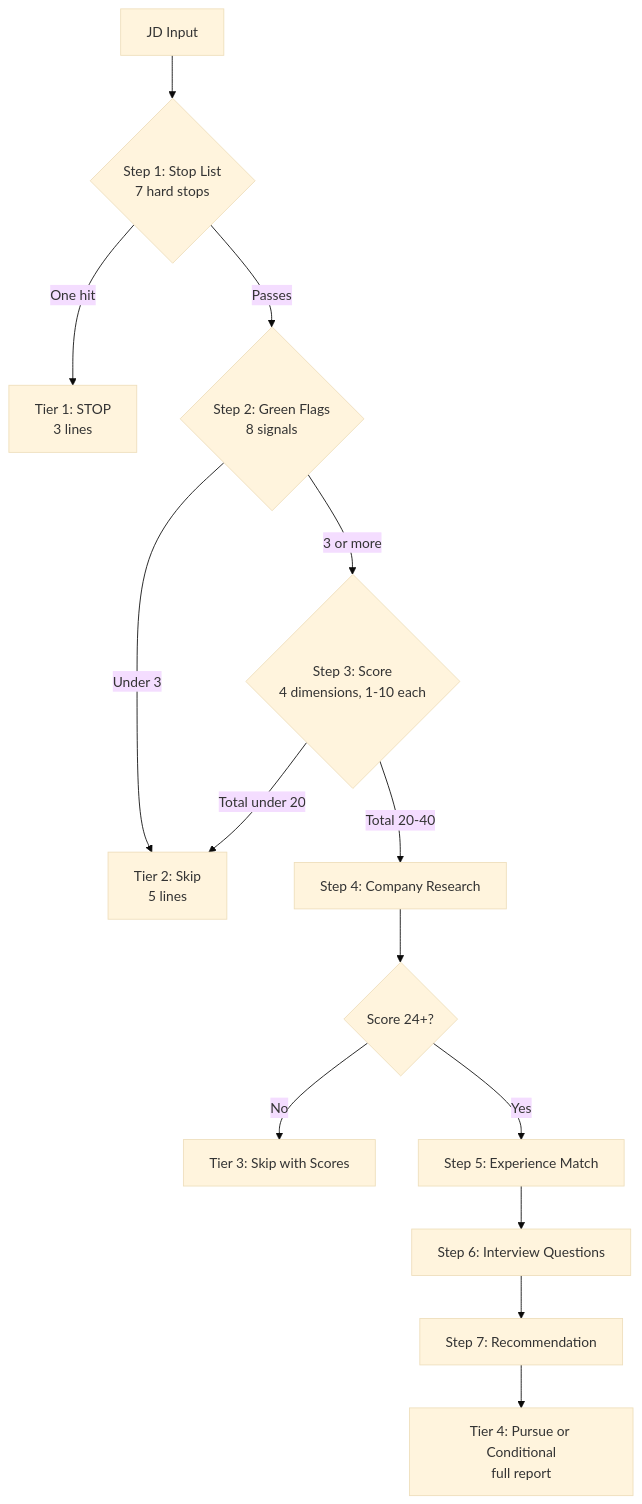
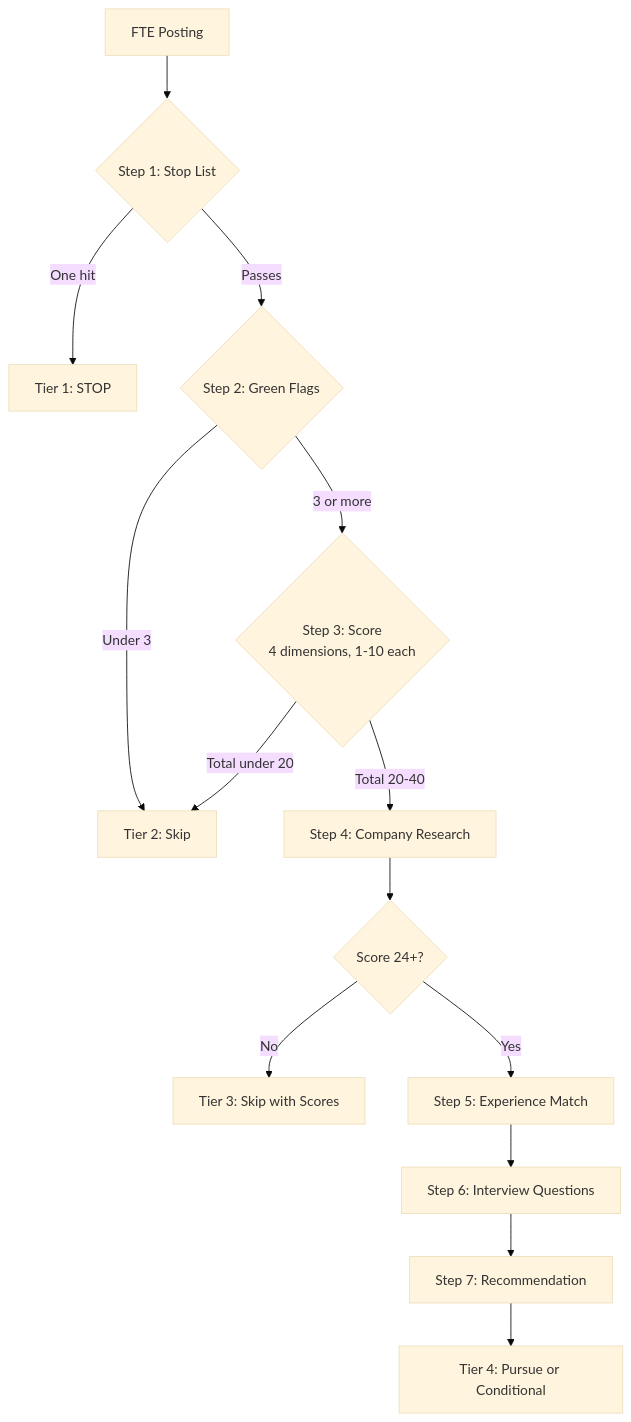
One commit to jparkerpm-cmyk/jessica-parker-ai-pm changed the first of 2 diagrams in jd-triage/README.md. Above: the diagram before and after it, drawn with Mermaid (base theme). The commit also changed other lines of this file, not shown here.

````diff
--- a/jd-triage/README.md
+++ b/jd-triage/README.md
@@ -42,16 +54,16 @@
 ```mermaid
 flowchart TD
-    A[JD Input] --> B{Step 1: Stop List<br/>7 hard stops}
-    B -->|One hit| T1[Tier 1: STOP<br/>3 lines]
-    B -->|Passes| C{Step 2: Green Flags<br/>8 signals}
-    C -->|Under 3| T2[Tier 2: Skip<br/>5 lines]
+    A[FTE Posting] --> B{Step 1: Stop List}
+    B -->|One hit| T1[Tier 1: STOP]
+    B -->|Passes| C{Step 2: Green Flags}
+    C -->|Under 3| T2[Tier 2: Skip]
     C -->|3 or more| D{Step 3: Score<br/>4 dimensions, 1-10 each}
     D -->|Total under 20| T2
     D -->|Total 20-40| E[Step 4: Company Research]
     E --> F{Score 24+?}
     F -->|No| T3[Tier 3: Skip with Scores]
     F -->|Yes| G[Step 5: Experience Match]
     G --> H[Step 6: Interview Questions]
     H --> I[Step 7: Recommendation]
-    I --> T4[Tier 4: Pursue or Conditional<br/>full report]
+    I --> T4[Tier 4: Pursue or Conditional]
 ```
````
